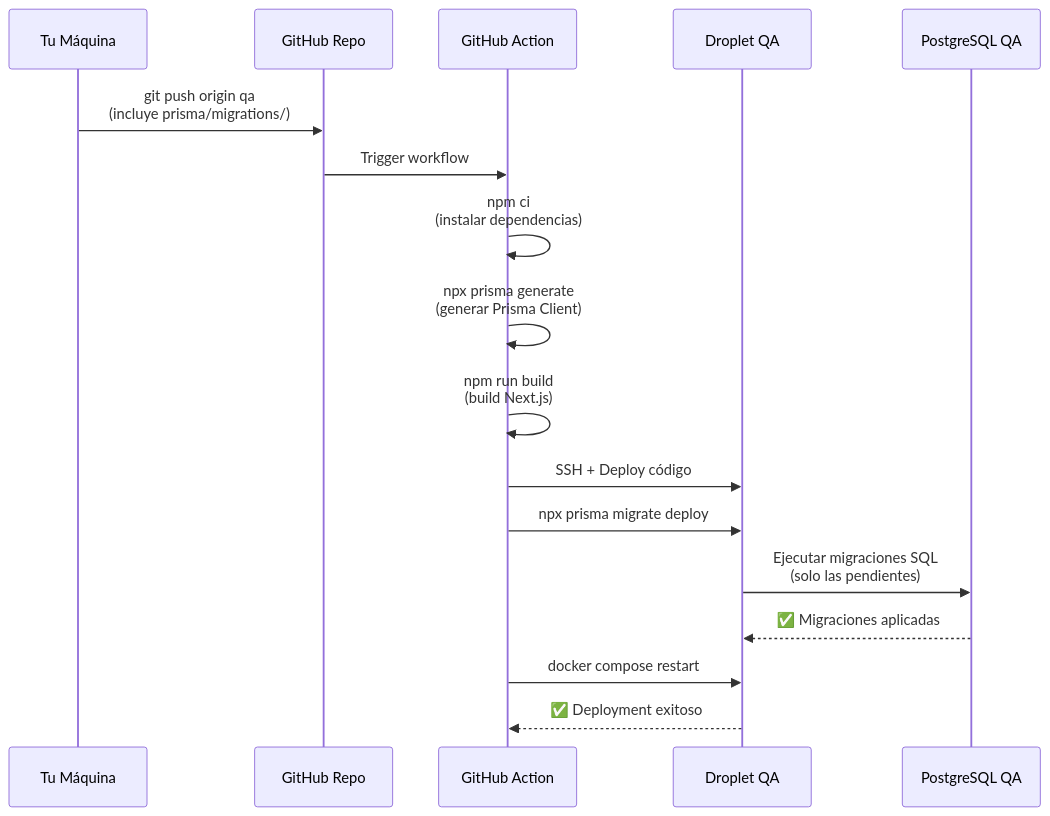
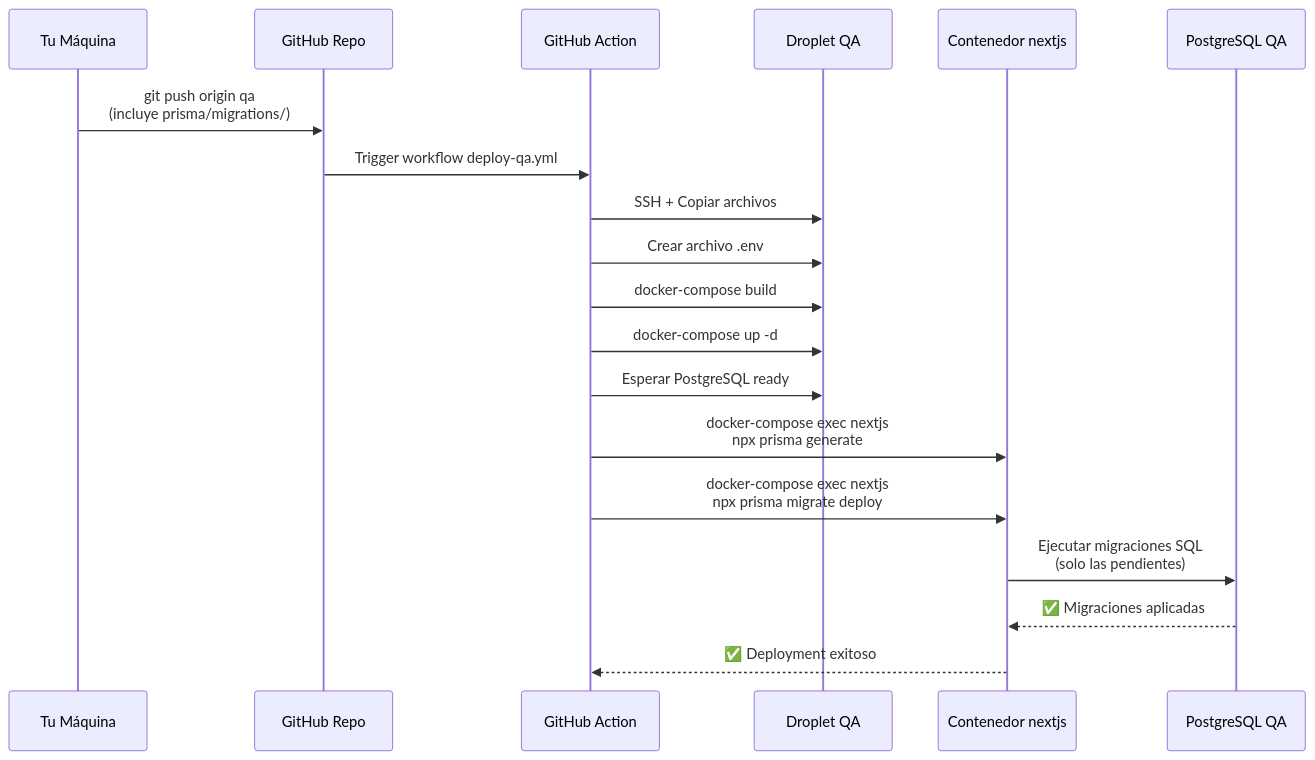
The diagram in docs/PRISMA_MIGRATIONS.md (financieramentecu/financieramente-app), drawn with Mermaid before and after one commit. The commit also changed other lines of this file and 10 other files, not shown here.

First line of the commit message:
Refactor deployment workflows and Docker configurations for improved environment handling

````diff
--- a/docs/PRISMA_MIGRATIONS.md
+++ b/docs/PRISMA_MIGRATIONS.md
@@ -61,20 +61,22 @@
 ```mermaid
 sequenceDiagram
     participant Dev as Tu Máquina
     participant GitHub as GitHub Repo
     participant Action as GitHub Action
     participant Droplet as Droplet QA
+    participant Container as Contenedor nextjs
     participant DB as PostgreSQL QA
 
     Dev->>GitHub: git push origin qa<br/>(incluye prisma/migrations/)
-    GitHub->>Action: Trigger workflow
-    Action->>Action: npm ci<br/>(instalar dependencias)
-    Action->>Action: npx prisma generate<br/>(generar Prisma Client)
-    Action->>Action: npm run build<br/>(build Next.js)
-    Action->>Droplet: SSH + Deploy código
-    Action->>Droplet: npx prisma migrate deploy
-    Droplet->>DB: Ejecutar migraciones SQL<br/>(solo las pendientes)
-    DB-->>Droplet: ✅ Migraciones aplicadas
-    Action->>Droplet: docker compose restart
-    Droplet-->>Action: ✅ Deployment exitoso
+    GitHub->>Action: Trigger workflow deploy-qa.yml
+    Action->>Droplet: SSH + Copiar archivos
+    Action->>Droplet: Crear archivo .env
+    Action->>Droplet: docker-compose build
+    Action->>Droplet: docker-compose up -d
+    Action->>Droplet: Esperar PostgreSQL ready
+    Action->>Container: docker-compose exec nextjs<br/>npx prisma generate
+    Action->>Container: docker-compose exec nextjs<br/>npx prisma migrate deploy
+    Container->>DB: Ejecutar migraciones SQL<br/>(solo las pendientes)
+    DB-->>Container: ✅ Migraciones aplicadas
+    Container-->>Action: ✅ Deployment exitoso
 ```
````
